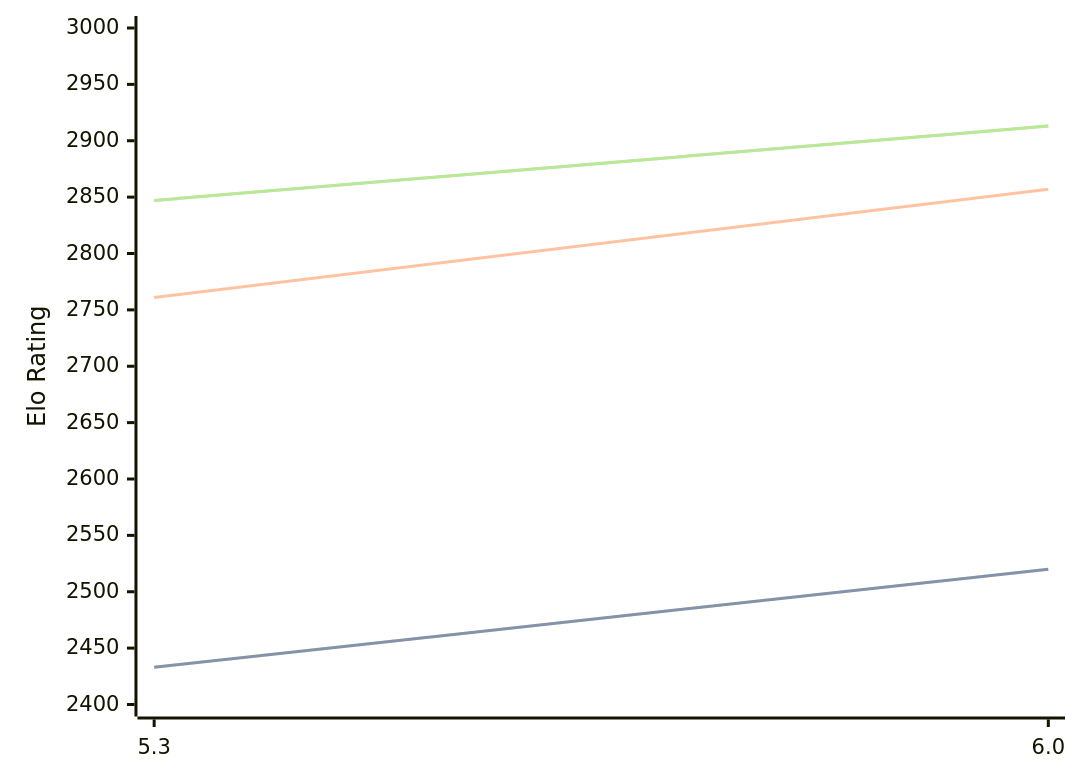
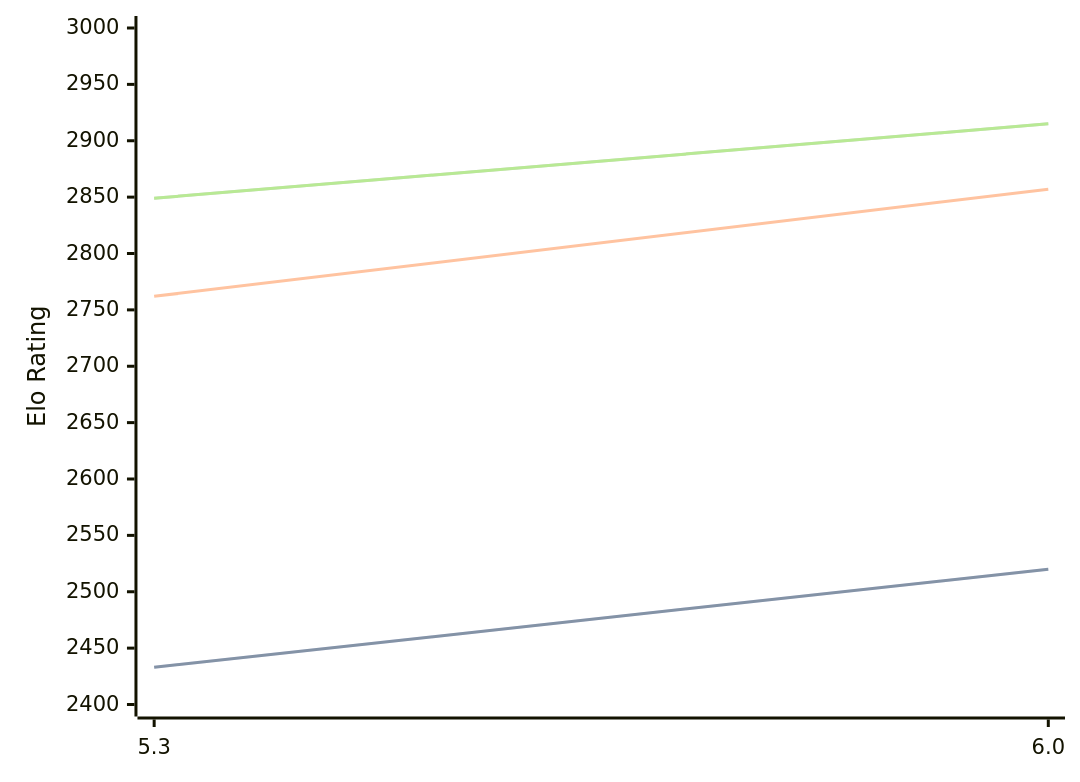
Before and after one commit to computer-chess-index/cci: the diagram in engines/tomitankChess.md, drawn with Mermaid. The commit also changed other lines of this file, not shown here.

Commit message:
Update CCI Ratings (ELO VLTC) - 2026-04-22

````diff
--- a/engines/tomitankChess.md
+++ b/engines/tomitankChess.md
@@ -40,11 +40,11 @@
 ```mermaid
 %%{init: {"theme":"base","themeVariables":{"seriesColors:['#a3a3a3','#222221','#faa371']}}}%%
 xychart-beta
   x-axis ["5.3", "6.0"]
   y-axis "Elo Rating" 2400 --> 3000
   line "STC (8.0+0.08s)" [2433, 2520]
   line "STC (8.0+0.08s)" [2433, 2520]
-  line "LTC (60.0+0.60s)" [2761, 2857]
-  line "VLTC (2m24s+1.12s)" [2847, 2913]
-  line "VLTC (2m24s+1.12s)" [2847, 2913]
+  line "LTC (60.0+0.60s)" [2762, 2857]
+  line "VLTC (2m24s+1.12s)" [2849, 2915]
+  line "VLTC (2m24s+1.12s)" [2849, 2915]
 ```
````
